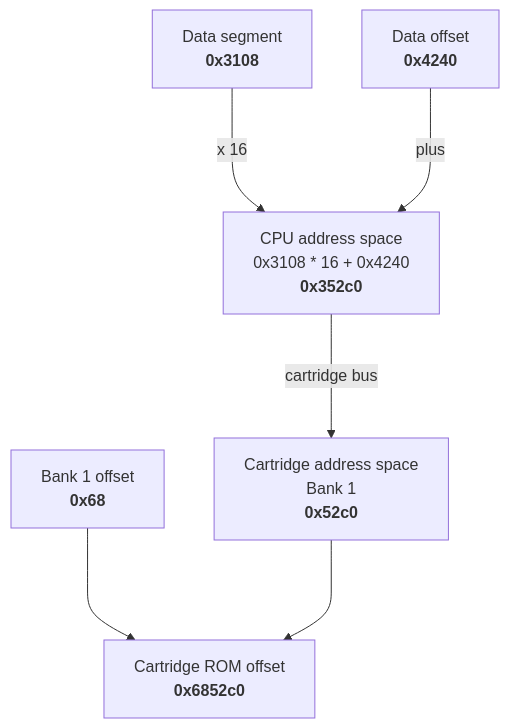
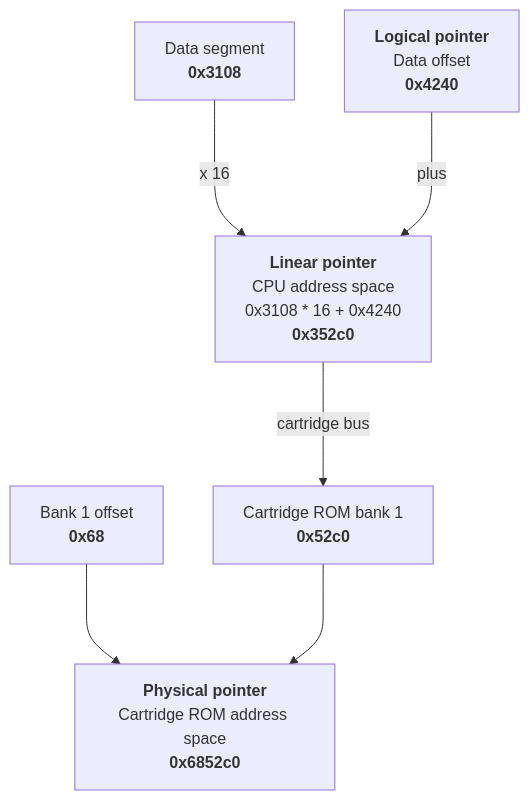
Before and after one commit to Alto-27/target-wswan-guide: the second of 2 diagrams in docs/tutorial/hardware-overview.md, drawn with Mermaid. The commit also changed other lines of this file and 3 other files, not shown here.

Commit message:
use logical/linear/physical pointer terminology, add memory management section

````diff
--- a/docs/tutorial/hardware-overview.md
+++ b/docs/tutorial/hardware-overview.md
@@ -126,9 +130,9 @@
 ``` mermaid
 graph TD
 A[Data segment<br><b>0x3108</b>] --->|x 16| C
-B[Data offset<br><b>0x4240</b>] --->|plus| C
-C[CPU address space<br>0x3108 * 16 + 0x4240<br><b>0x352c0</b>] --->|cartridge bus| E
+B[<b>Logical pointer</b><br>Data offset<br><b>0x4240</b>] --->|plus| C
+C[<b>Linear pointer</b><br>CPU address space<br>0x3108 * 16 + 0x4240<br><b>0x352c0</b>] --->|cartridge bus| E
 D[Bank 1 offset<br><b>0x68</b>] ---> F
-E[Cartridge address space<br>Bank 1<br><b>0x52c0</b>] ---> F
-F[Cartridge ROM offset<br><b>0x6852c0</b>]
+E[Cartridge ROM bank 1<br><b>0x52c0</b>] ---> F
+F[<b>Physical pointer</b><br>Cartridge ROM address space<br><b>0x6852c0</b>]
 ```
````
